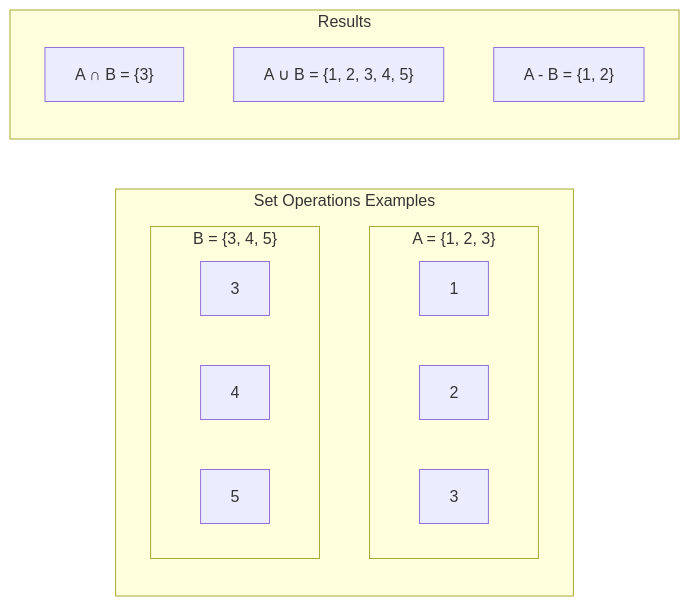
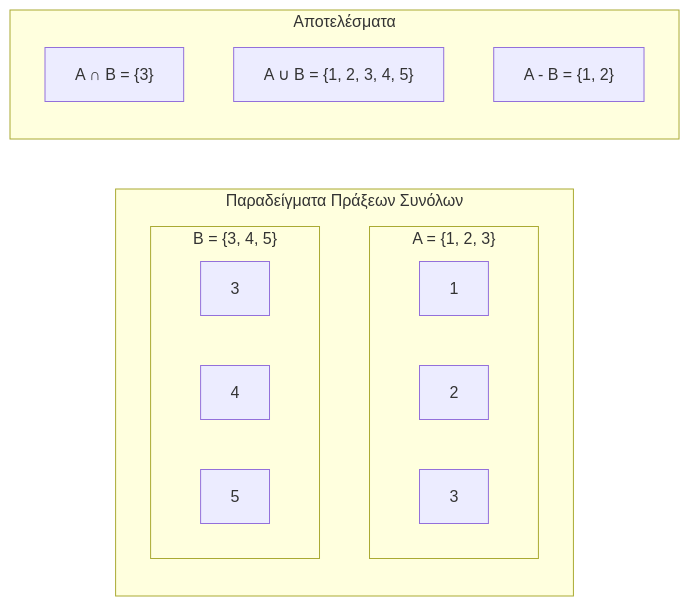
Before and after one commit to PanagopoulosNikolaos/DitOpenNotes: the sixth of 6 diagrams in Year_1/Semester_2/DISCRETE_MATHEMATICS/Resources/Notes/2_Operations & Venn Diagrams.md, drawn with Mermaid. The commit also changed other lines of this file and 8 other files, not shown here.

````diff
--- a/Year_1/Semester_2/DISCRETE_MATHEMATICS/Resources/Notes/2_Operations & Venn Diagrams.md
+++ b/Year_1/Semester_2/DISCRETE_MATHEMATICS/Resources/Notes/2_Operations & Venn Diagrams.md
@@ -159,21 +159,21 @@
 ```mermaid
 graph LR
-    subgraph "Set Operations Examples"
+    subgraph "Παραδείγματα Πράξεων Συνόλων"
         subgraph "A = {1, 2, 3}"
             A1[1] 
             A2[2]
             A3[3]
         end
         subgraph "B = {3, 4, 5}"
             B3[3]
             B4[4]
             B5[5]
         end
     end
     
-    subgraph Results
+    subgraph Αποτελέσματα
         Int["A ∩ B = {3}"]
         Union["A ∪ B = {1, 2, 3, 4, 5}"]
         Diff["A - B = {1, 2}"]
     end
 ```
````
